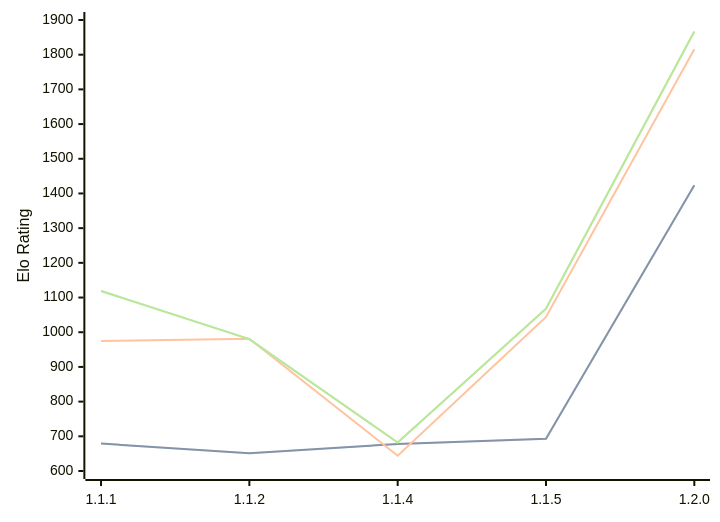
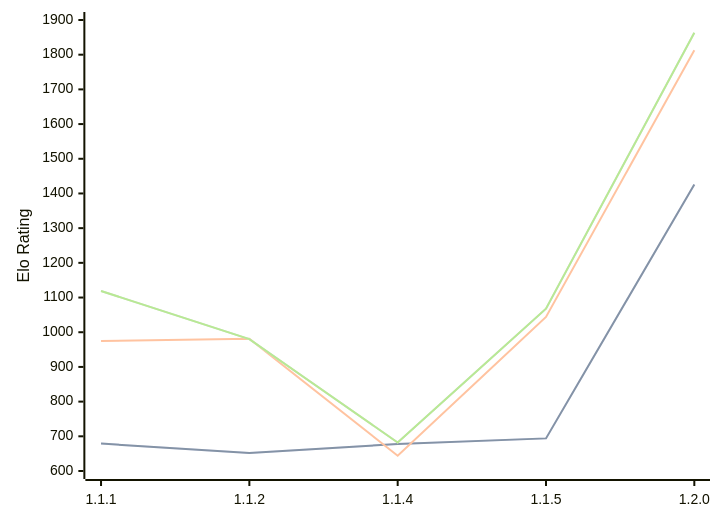
Before and after one commit to computer-chess-index/cci: the diagram in engines/ChessCore.md, drawn with Mermaid. The commit also changed other lines of this file, not shown here.

Commit message:
Update CCI Ratings (ELO VLTC) - 2026-08-04

````diff
--- a/engines/ChessCore.md
+++ b/engines/ChessCore.md
@@ -36,11 +36,11 @@
 ```mermaid
 %%{init: {"theme":"base","themeVariables":{"seriesColors:['#a3a3a3','#222221','#faa371']}}}%%
 xychart-beta
   x-axis ["1.1.1", "1.1.2", "1.1.4", "1.1.5", "1.2.0"]
   y-axis "Elo Rating" 600 --> 1900
-  line "STC (8.0+0.08s)" [679, 651, 678, 693, 1424]
-  line "STC (8.0+0.08s)" [679, 651, 678, 693, 1424]
-  line "LTC (60.0+0.60s)" [975, 981, 644, 1044, 1816]
-  line "VLTC (2m24s+1.12s)" [1119, 980, 682, 1068, 1867]
-  line "VLTC (2m24s+1.12s)" [1119, 980, 682, 1068, 1867]
+  line "STC (8.0+0.08s)" [679, 652, 678, 694, 1426]
+  line "STC (8.0+0.08s)" [679, 652, 678, 694, 1426]
+  line "LTC (60.0+0.60s)" [975, 981, 644, 1044, 1813]
+  line "VLTC (2m24s+1.12s)" [1119, 980, 682, 1068, 1863]
+  line "VLTC (2m24s+1.12s)" [1119, 980, 682, 1068, 1863]
 ```
````
